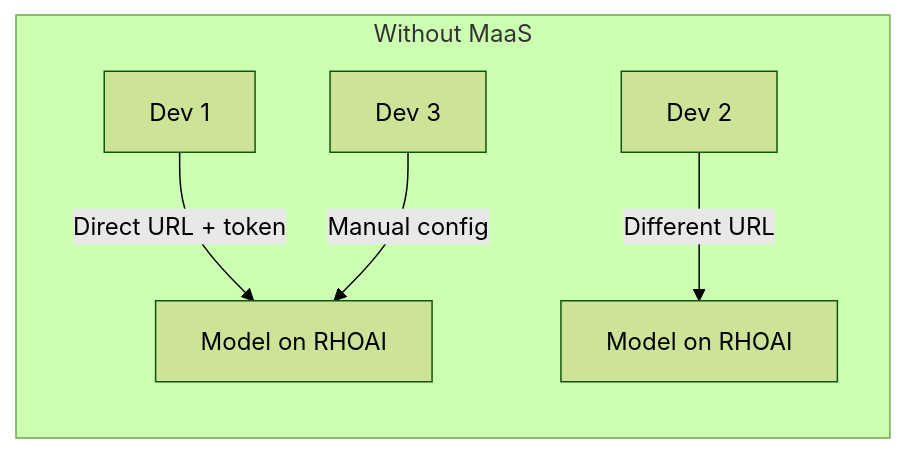
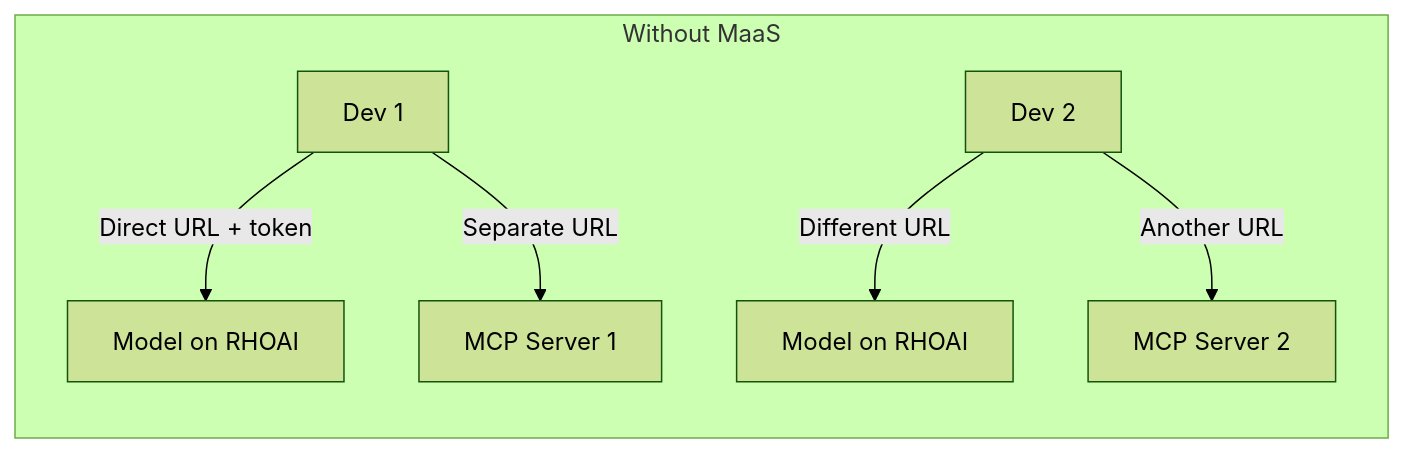
The first of 3 diagrams in 2_ai_gateway/1_maas_overview.md (hyogrin/rhoai-coding-assistant-lab), drawn with Mermaid (forest theme) before and after one commit. The commit also changed other lines of this file and 10 other files, not shown here.

````diff
--- a/2_ai_gateway/1_maas_overview.md
+++ b/2_ai_gateway/1_maas_overview.md
@@ -9,8 +11,9 @@
 ```mermaid
 flowchart LR
     subgraph "Without MaaS"
         Dev1[Dev 1] -->|Direct URL + token| M1[Model on RHOAI]
+        Dev1 -->|Separate URL| MCP1[MCP Server 1]
         Dev2[Dev 2] -->|Different URL| M2[Model on RHOAI]
-        Dev3[Dev 3] -->|Manual config| M1
+        Dev2 -->|Another URL| MCP2[MCP Server 2]
     end
 ```
````
